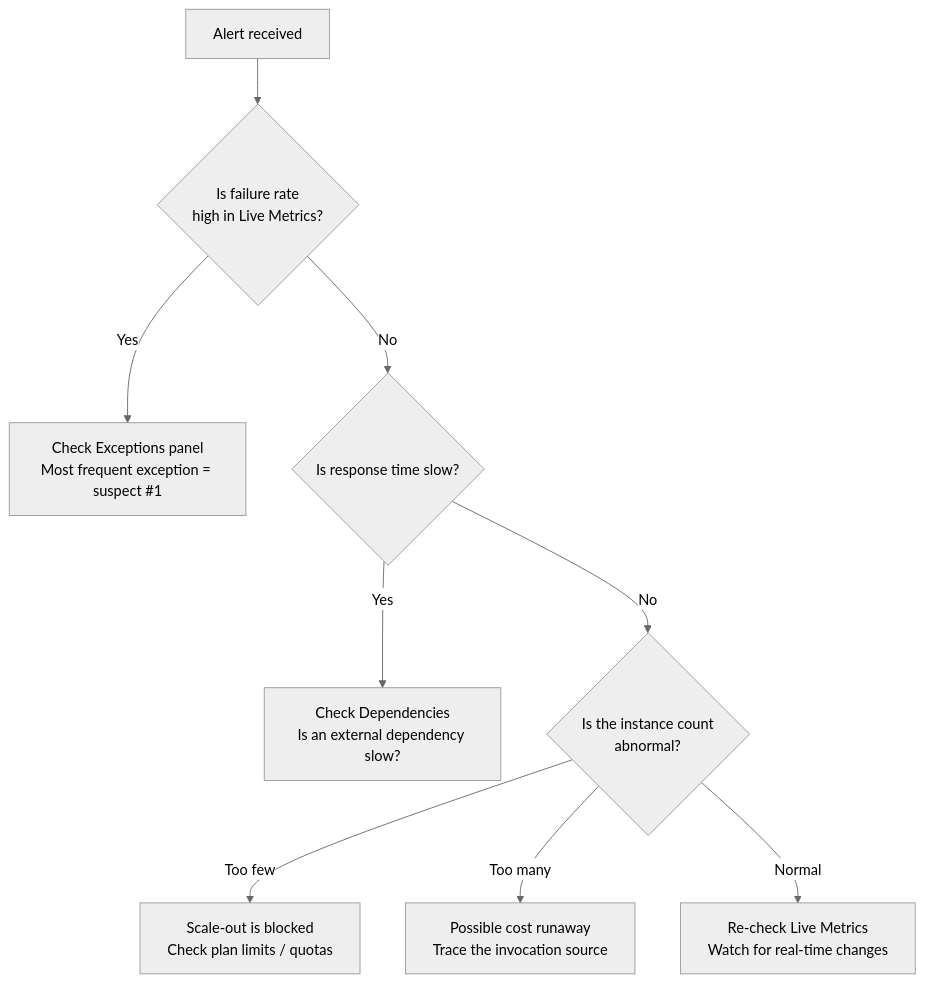
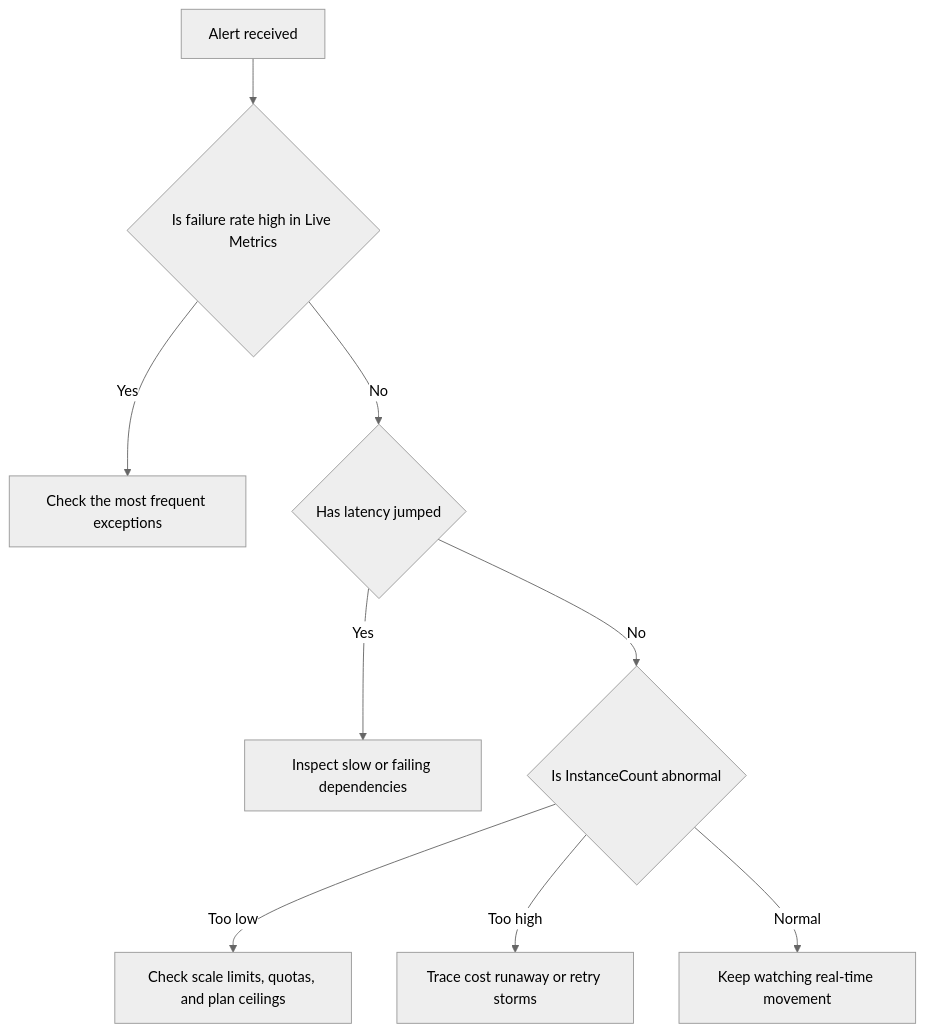
One commit to yeongseon-books/book-content changed the second of 2 diagrams in azure-functions-101/en/07-monitoring-and-ops.md. Above: the diagram before and after it, drawn with Mermaid (neutral theme). The commit also changed other lines of this file and 42 other files, not shown here.

First line of the commit message:
fix: 오라클 리뷰 반영 — Functions 101/Deep Dive 사실관계·톤·다이어그램 정리, App Service 101 ko/en 재구조화

````diff
--- a/azure-functions-101/en/07-monitoring-and-ops.md
+++ b/azure-functions-101/en/07-monitoring-and-ops.md
@@ -170,11 +173,11 @@
 ```mermaid
 flowchart TD
-    A[Alert received] --> B{Is failure rate<br/>high in Live Metrics?}
-    B -- Yes --> C[Check Exceptions panel<br/>Most frequent exception = suspect #1]
-    B -- No --> D{Is response time slow?}
-    D -- Yes --> E[Check Dependencies<br/>Is an external dependency slow?]
-    D -- No --> F{Is the instance count<br/>abnormal?}
-    F -- Too few --> G[Scale-out is blocked<br/>Check plan limits / quotas]
-    F -- Too many --> H[Possible cost runaway<br/>Trace the invocation source]
-    F -- Normal --> I[Re-check Live Metrics<br/>Watch for real-time changes]
+    A[Alert received] --> B{Is failure rate high in Live Metrics}
+    B -- Yes --> C[Check the most frequent exceptions]
+    B -- No --> D{Has latency jumped}
+    D -- Yes --> E[Inspect slow or failing dependencies]
+    D -- No --> F{Is InstanceCount abnormal}
+    F -- Too low --> G[Check scale limits, quotas, and plan ceilings]
+    F -- Too high --> H[Trace cost runaway or retry storms]
+    F -- Normal --> I[Keep watching real-time movement]
 ```
````
